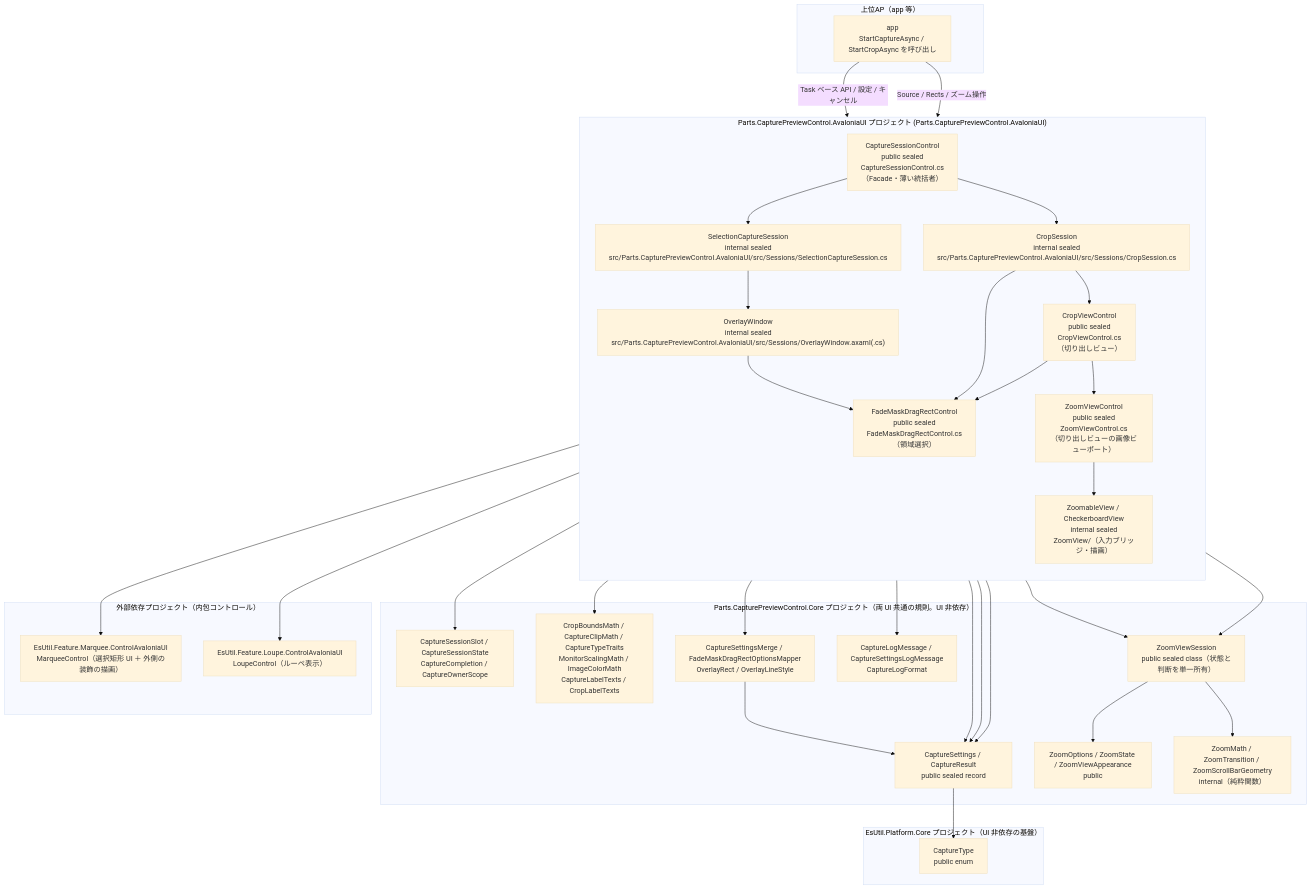
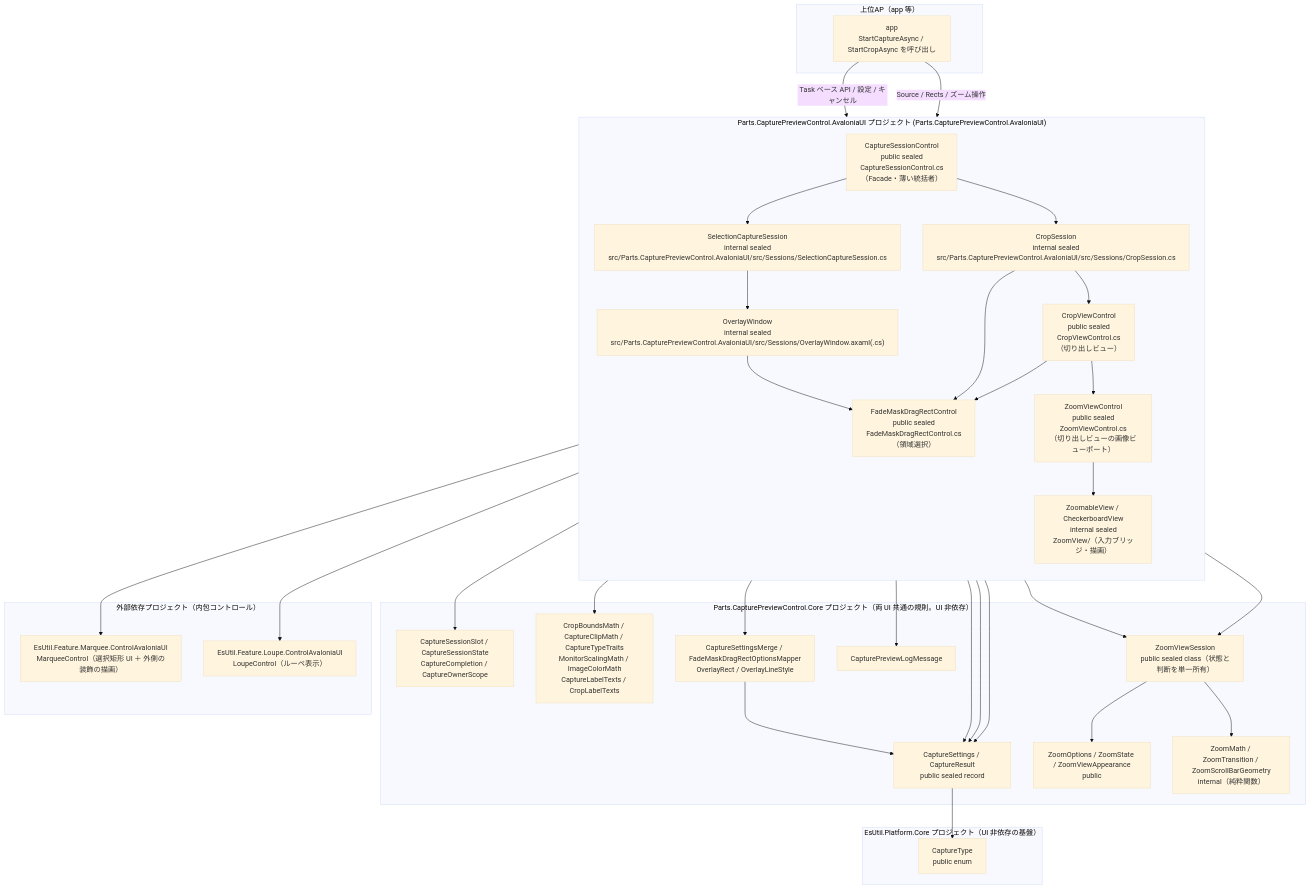
Before and after one commit to tomokuni/SaveEvidence: the first of 2 diagrams in src/Parts.CapturePreviewControl.AvaloniaUI/docs/SPEC_System.md, drawn with Mermaid (base theme). The commit also changed other lines of this file and 41 other files, not shown here.

````diff
--- a/src/Parts.CapturePreviewControl.AvaloniaUI/docs/SPEC_System.md
+++ b/src/Parts.CapturePreviewControl.AvaloniaUI/docs/SPEC_System.md
@@ -96,61 +96,61 @@
 ```mermaid
 flowchart TB
     subgraph Host["上位AP（app 等）"]
         AP["app<br/>StartCaptureAsync / StartCropAsync を呼び出し"]
     end
     subgraph SC["Parts.CapturePreviewControl.AvaloniaUI プロジェクト (Parts.CapturePreviewControl.AvaloniaUI)"]
         direction TB
         Fac["CaptureSessionControl<br/>public sealed<br/>CaptureSessionControl.cs<br/>（Facade・薄い統括者）"]
         CS["SelectionCaptureSession<br/>internal sealed<br/>src/Parts.CapturePreviewControl.AvaloniaUI/src/Sessions/SelectionCaptureSession.cs"]
         CrS["CropSession<br/>internal sealed<br/>src/Parts.CapturePreviewControl.AvaloniaUI/src/Sessions/CropSession.cs"]
         OW["OverlayWindow<br/>internal sealed<br/>src/Parts.CapturePreviewControl.AvaloniaUI/src/Sessions/OverlayWindow.axaml(.cs)"]
         CV["CropViewControl<br/>public sealed<br/>CropViewControl.cs<br/>（切り出しビュー）"]
         FDR["FadeMaskDragRectControl<br/>public sealed<br/>FadeMaskDragRectControl.cs<br/>（領域選択）"]
         ZVW["ZoomViewControl<br/>public sealed<br/>ZoomViewControl.cs<br/>（切り出しビューの画像ビューポート）"]
         ZVB["ZoomableView / CheckerboardView<br/>internal sealed<br/>ZoomView/（入力ブリッジ・描画）"]
     end
     subgraph Core["Parts.CapturePreviewControl.Core プロジェクト（両 UI 共通の規則。UI 非依存）"]
         CS2["CaptureSettings / CaptureResult<br/>public sealed record"]
         Sl["CaptureSessionSlot / CaptureSessionState<br/>CaptureCompletion / CaptureOwnerScope"]
         Math["CropBoundsMath / CaptureClipMath / CaptureTypeTraits<br/>MonitorScalingMath / ImageColorMath<br/>CaptureLabelTexts / CropLabelTexts"]
         Mg["CaptureSettingsMerge / FadeMaskDragRectOptionsMapper<br/>OverlayRect / OverlayLineStyle"]
-        Log["CaptureLogMessage / CaptureSettingsLogMessage<br/>CaptureLogFormat"]
+        Log["CapturePreviewLogMessage"]
         ZS["ZoomViewSession<br/>public sealed class（状態と判断を単一所有）"]
         ZC["ZoomOptions / ZoomState / ZoomViewAppearance<br/>public"]
         ZT["ZoomMath / ZoomTransition / ZoomScrollBarGeometry<br/>internal（純粋関数）"]
     end
     subgraph PC["EsUtil.Platform.Core プロジェクト（UI 非依存の基盤）"]
         Ct["CaptureType<br/>public enum"]
     end
     subgraph Dep["外部依存プロジェクト（内包コントロール）"]
         DR["EsUtil.Feature.Marquee.ControlAvaloniaUI<br/>MarqueeControl（選択矩形 UI ＋ 外側の装飾の描画）"]
         LP["EsUtil.Feature.Loupe.ControlAvaloniaUI<br/>LoupeControl（ルーペ表示）"]
     end
 
     AP -->|"Task ベース API / 設定 / キャンセル"| Fac
     AP -->|"Source / Rects / ズーム操作"| CV
     Fac --> CS
     Fac --> CrS
     Fac --> Sl
     Fac --> Mg
     CS --> OW
     CS --> Log
     CS --> Math
     CrS --> CV
     OW --> FDR
     CrS --> FDR
     CV --> FDR
     CV --> ZVW
     ZVW --> ZVB
     ZVW --> ZS
     ZVB --> ZS
     ZS --> ZC
     ZS --> ZT
     FDR --> DR
     FDR --> LP
     Fac --> CS2
     CS --> CS2
     CrS --> CS2
     Mg --> CS2
     CS2 --> Ct
 ```
````
